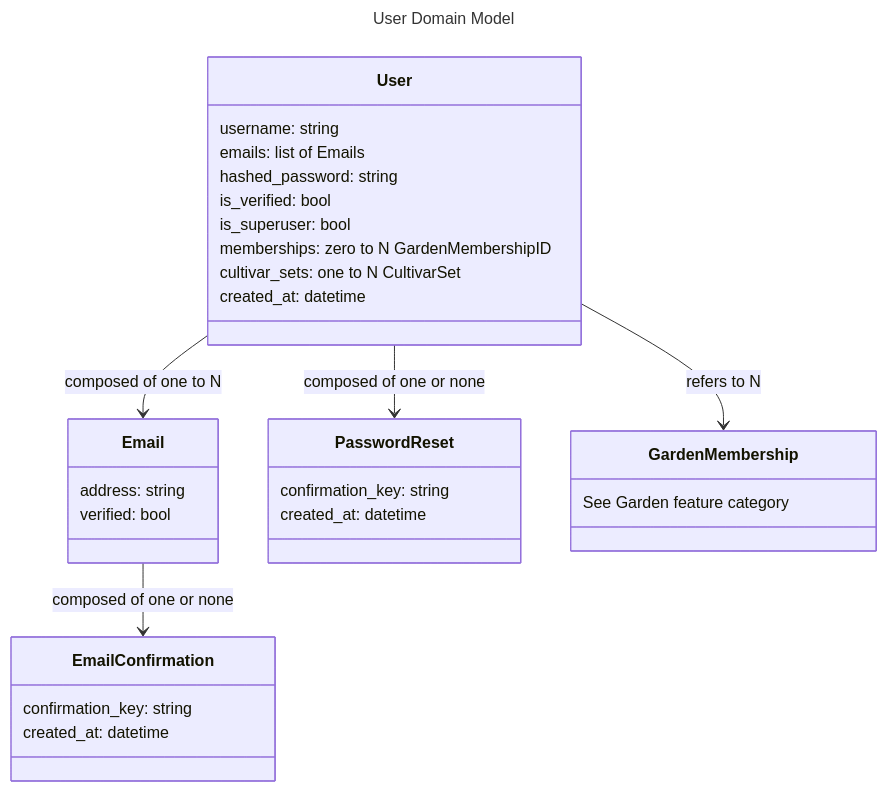
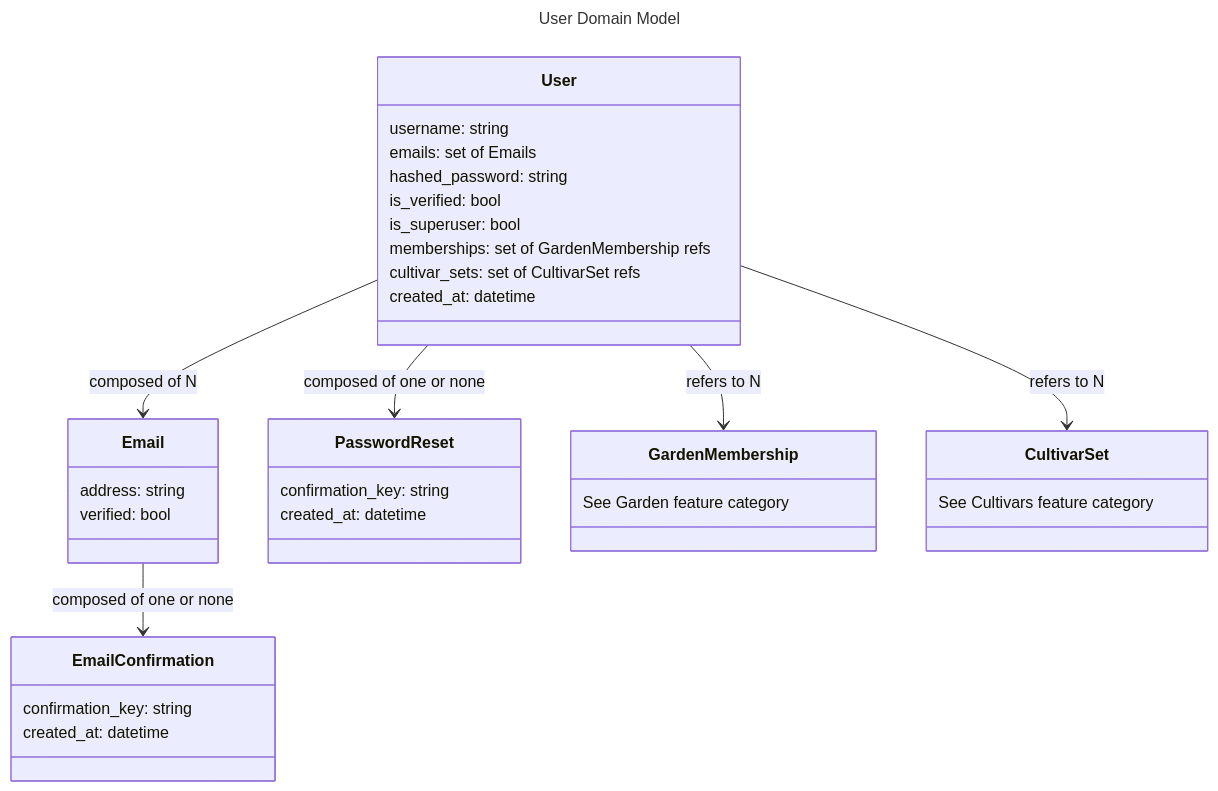
Before and after one commit to VerdanTech/VerdanTech-Outline: the diagram in users/models.md, drawn with Mermaid. The commit also changed 2 other files, not shown here.

Commit message:
Bringing up to date before branches

````diff
--- a/users/models.md
+++ b/users/models.md
@@ -3,36 +3,40 @@
 ```mermaid
 ---
 title: User Domain Model
 ---
 classDiagram
     User
-    User --> Email : composed of one to N
+    User --> Email : composed of N
     User --> PasswordReset : composed of one or none
     Email --> EmailConfirmation : composed of one or none
     User --> GardenMembership : refers to N
+    User --> CultivarSet : refers to N
     class User{
         username: string
-        emails: list of Emails
+        emails: set of Emails
         hashed_password: string
         is_verified: bool
         is_superuser: bool
-        memberships: zero to N GardenMembershipID
-        cultivar_sets: one to N CultivarSet
+        memberships: set of GardenMembership refs
+        cultivar_sets: set of CultivarSet refs
         created_at: datetime
     }
     class GardenMembership{
         See Garden feature category
     }
     class Email{
         address: string
         verified: bool
     }
     class PasswordReset{
         confirmation_key: string
         created_at: datetime
     }
     class EmailConfirmation{
         confirmation_key: string
         created_at: datetime
     }
+    class CultivarSet{
+        See Cultivars feature category
+    }
 ```
````
